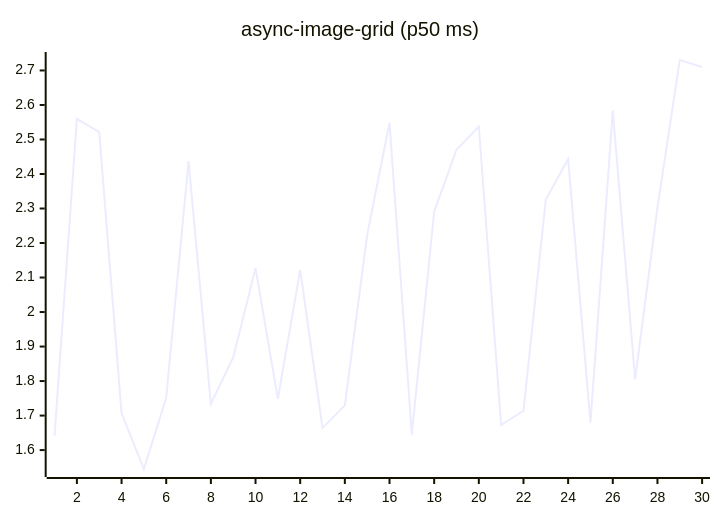
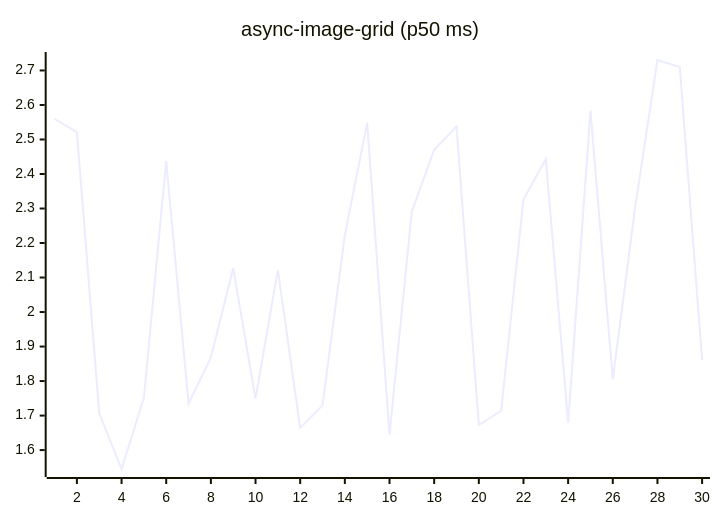
One commit to josha/Facet changed the fifth of 27 diagrams in README.md. Above: the diagram before and after it, drawn with Mermaid. The commit also changed other lines of this file and 2 other files, not shown here.

````diff
--- a/README.md
+++ b/README.md
@@ -91,6 +91,6 @@
 ```mermaid
 xychart-beta
     title "async-image-grid (p50 ms)"
     x-axis 1 --> 30
-    line [1.6424, 2.5597, 2.5214, 1.7066, 1.5452, 1.7512, 2.4372, 1.7341, 1.8684, 2.1272, 1.7487, 2.1221, 1.6642, 1.7295, 2.2238, 2.5483, 1.6449, 2.2910, 2.4702, 2.5376, 1.6727, 1.7140, 2.3260, 2.4429, 1.6792, 2.5838, 1.8048, 2.3022, 2.7303, 2.7101]
+    line [2.5597, 2.5214, 1.7066, 1.5452, 1.7512, 2.4372, 1.7341, 1.8684, 2.1272, 1.7487, 2.1221, 1.6642, 1.7295, 2.2238, 2.5483, 1.6449, 2.2910, 2.4702, 2.5376, 1.6727, 1.7140, 2.3260, 2.4429, 1.6792, 2.5838, 1.8048, 2.3022, 2.7303, 2.7101, 1.8610]
 ```
````
